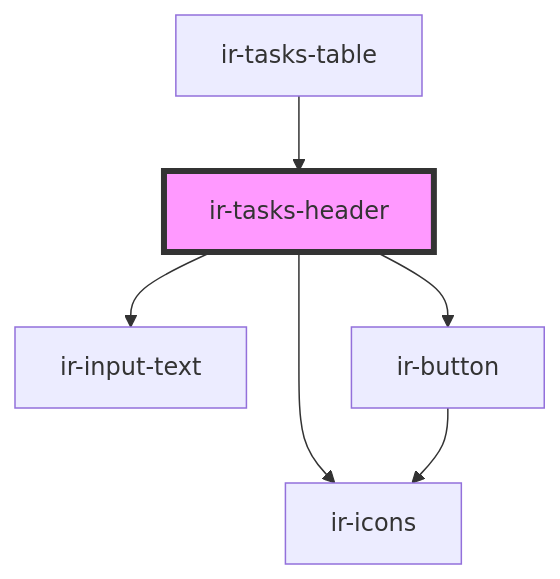
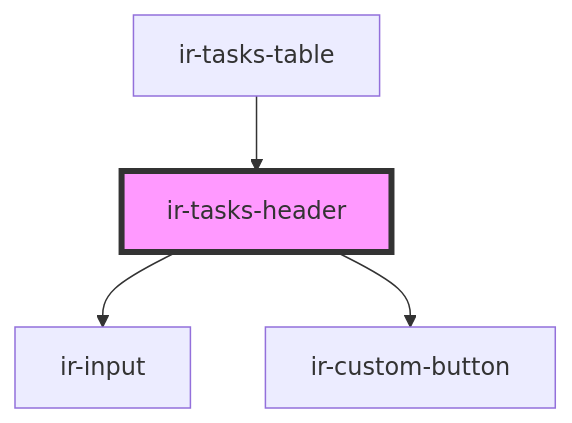
One commit to RonyRizk/ir-webcmp changed the diagram in src/components/ir-housekeeping/ir-hk-tasks/ir-tasks-header/readme.md. Above: the diagram before and after it, drawn with Mermaid. The commit also changed other lines of this file and 88 other files, not shown here.

````diff
--- a/src/components/ir-housekeeping/ir-hk-tasks/ir-tasks-header/readme.md
+++ b/src/components/ir-housekeeping/ir-hk-tasks/ir-tasks-header/readme.md
@@ -28,9 +27,7 @@
 ```mermaid
 graph TD;
-  ir-tasks-header --> ir-input-text
-  ir-tasks-header --> ir-icons
-  ir-tasks-header --> ir-button
-  ir-button --> ir-icons
+  ir-tasks-header --> ir-input
+  ir-tasks-header --> ir-custom-button
   ir-tasks-table --> ir-tasks-header
   style ir-tasks-header fill:#f9f,stroke:#333,stroke-width:4px
 ```
````
